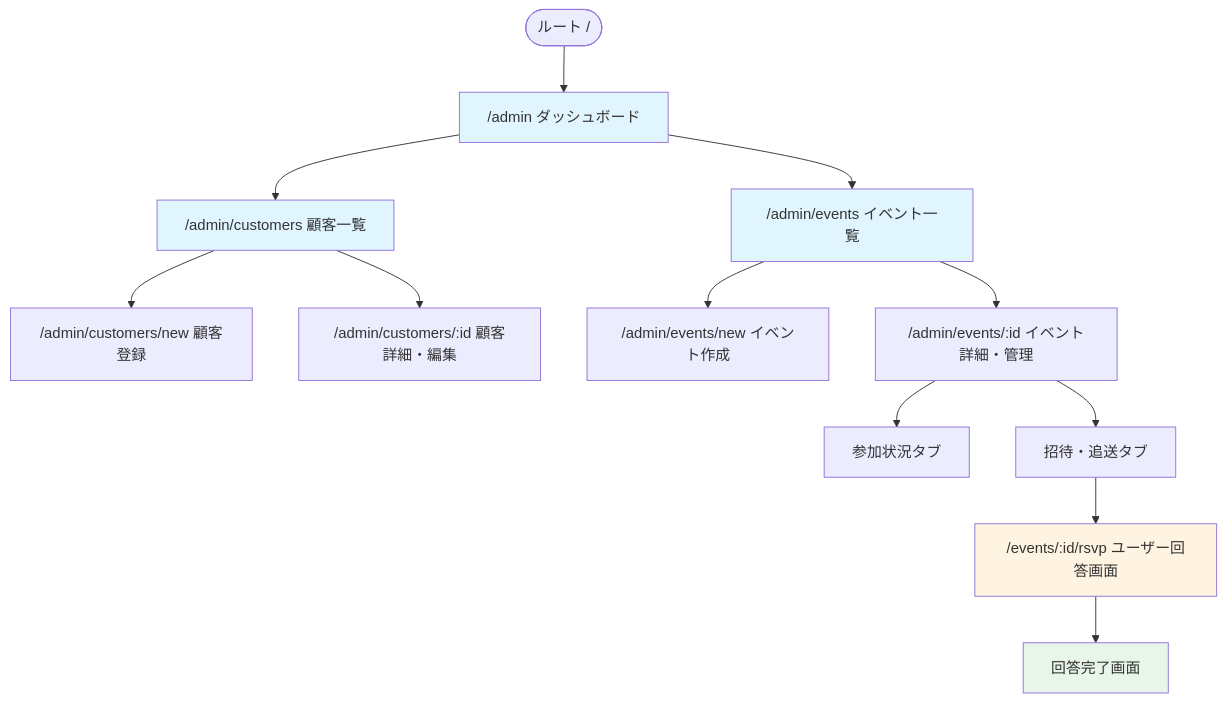
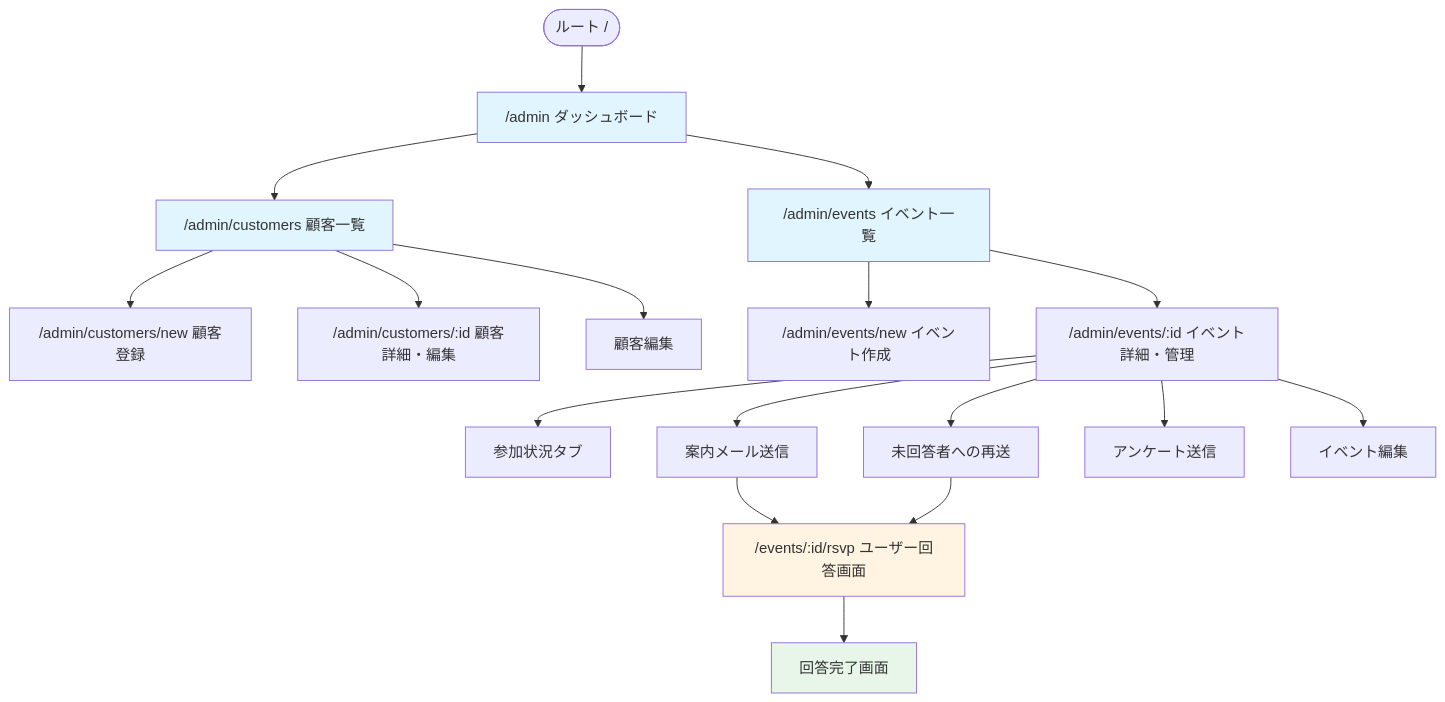
One commit to anhklv/marcopolo-portal-mirror changed the first of 3 diagrams in spec/画面設計書.md. Above: the diagram before and after it, drawn with Mermaid. The commit also changed other lines of this file and 9 other files, not shown here.

````diff
--- a/spec/画面設計書.md
+++ b/spec/画面設計書.md
@@ -7,25 +7,31 @@
 ```mermaid
 flowchart TD
     Start(["ルート /"]) --> Admin["/admin ダッシュボード"]
     
     Admin --> Customers["/admin/customers 顧客一覧"]
     Admin --> Events["/admin/events イベント一覧"]
     
     Customers --> NewCustomer["/admin/customers/new 顧客登録"]
     Customers --> CustomerDetail["/admin/customers/:id 顧客詳細・編集"]
     
     Events --> NewEvent["/admin/events/new イベント作成"]
     Events --> EventDetail["/admin/events/:id イベント詳細・管理"]
     
     EventDetail --> Attendees["参加状況タブ"]
-    EventDetail --> Invite["招待・追送タブ"]
+    EventDetail --> Invite["案内メール送信"]
+    EventDetail --> Remind["未回答者への再送"]
+    EventDetail --> Survey["アンケート送信"]
+    EventDetail --> EditEvent["イベント編集"]
+    
+    Customers --> EditCustomer["顧客編集"]
     
     Invite --> RSVP["/events/:id/rsvp ユーザー回答画面"]
+    Remind --> RSVP
     RSVP --> Complete["回答完了画面"]
     
     style Admin fill:#e1f5ff
     style Customers fill:#e1f5ff
     style Events fill:#e1f5ff
     style RSVP fill:#fff4e1
     style Complete fill:#e8f5e9
 ```
````
